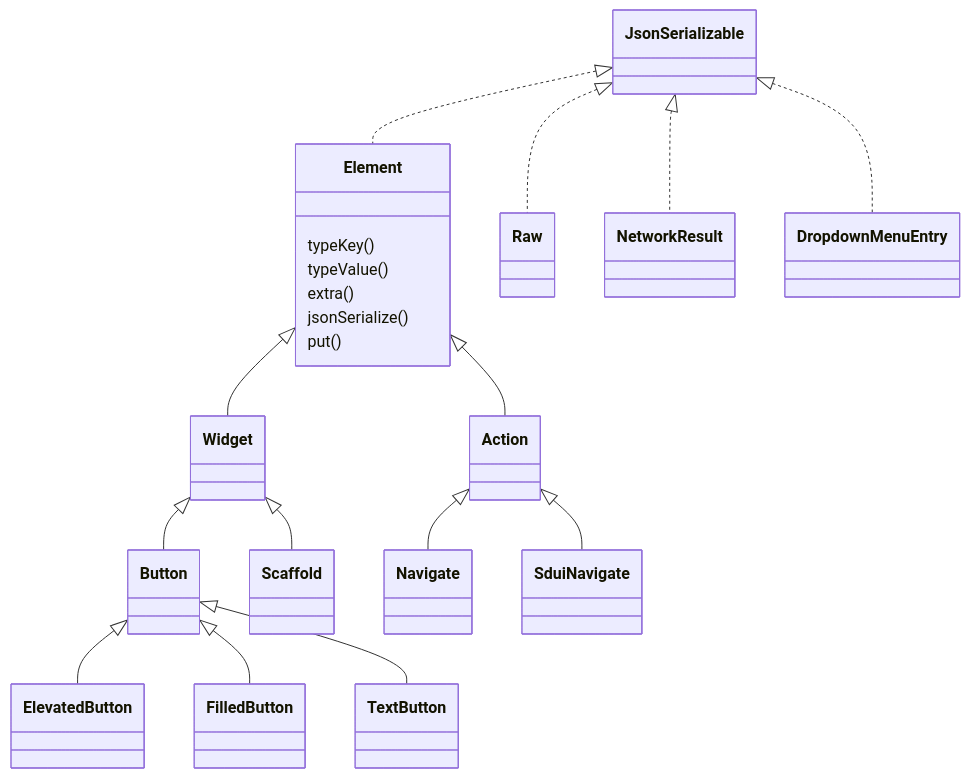
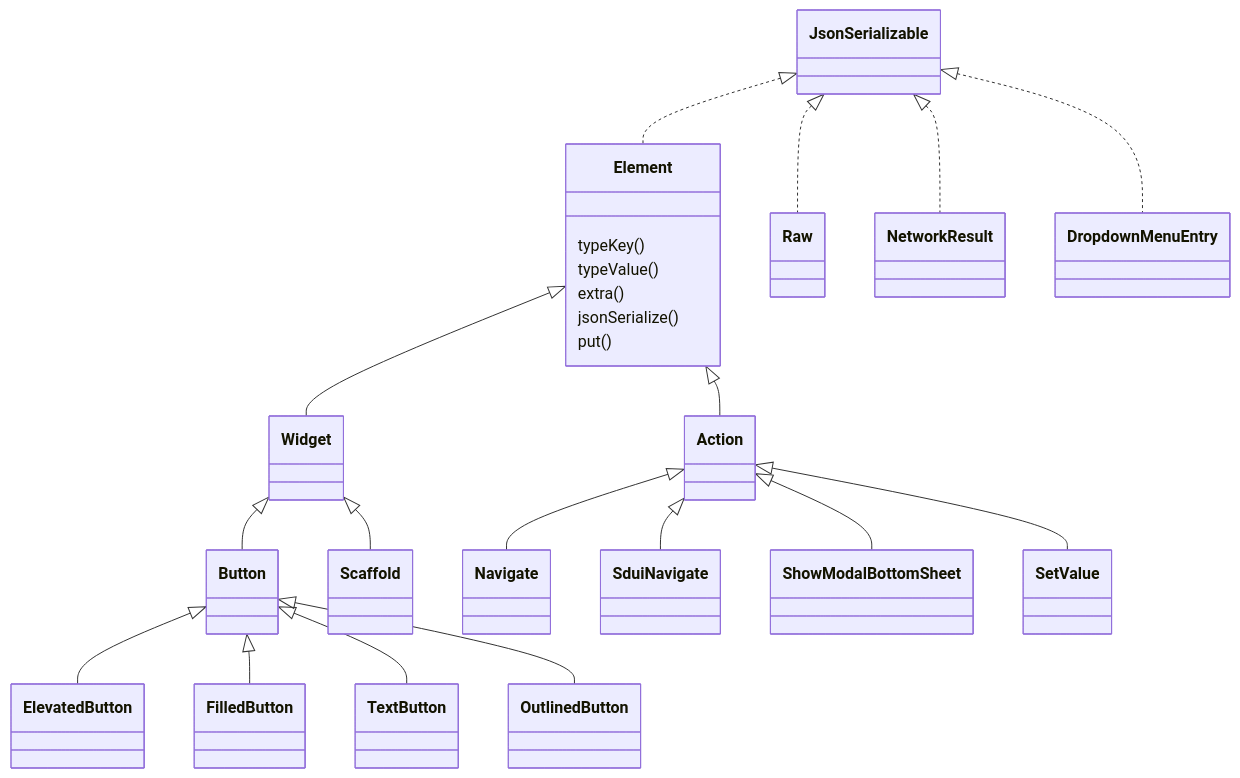
Before and after one commit to rafalejandrorh/SDUI-Core: the first of 2 diagrams in docs/arquitectura.md, drawn with Mermaid. The commit also changed other lines of this file and 40 other files, not shown here.

````diff
--- a/docs/arquitectura.md
+++ b/docs/arquitectura.md
@@ -7,30 +7,33 @@
 ```mermaid
 classDiagram
   class JsonSerializable
   class Element {
     typeKey()
     typeValue()
     extra()
     jsonSerialize()
     put()
   }
   class Widget
   class Action
   class Raw
   class Button
   class NetworkResult
   class DropdownMenuEntry
   JsonSerializable <|.. Element
   JsonSerializable <|.. Raw
   JsonSerializable <|.. NetworkResult
   JsonSerializable <|.. DropdownMenuEntry
   Element <|-- Widget
   Element <|-- Action
   Widget <|-- Scaffold
   Widget <|-- Button
   Button <|-- ElevatedButton
   Button <|-- FilledButton
   Button <|-- TextButton
+  Button <|-- OutlinedButton
   Action <|-- Navigate
   Action <|-- SduiNavigate
+  Action <|-- ShowModalBottomSheet
+  Action <|-- SetValue
 ```
````
